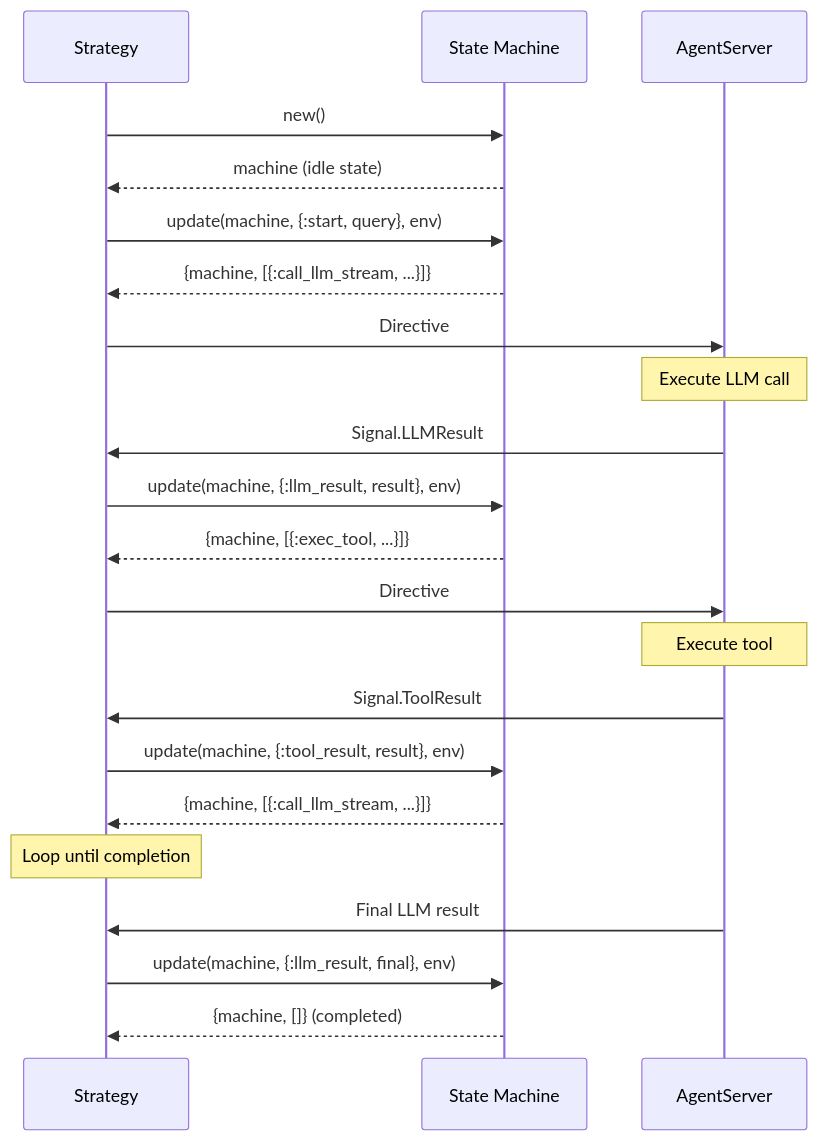
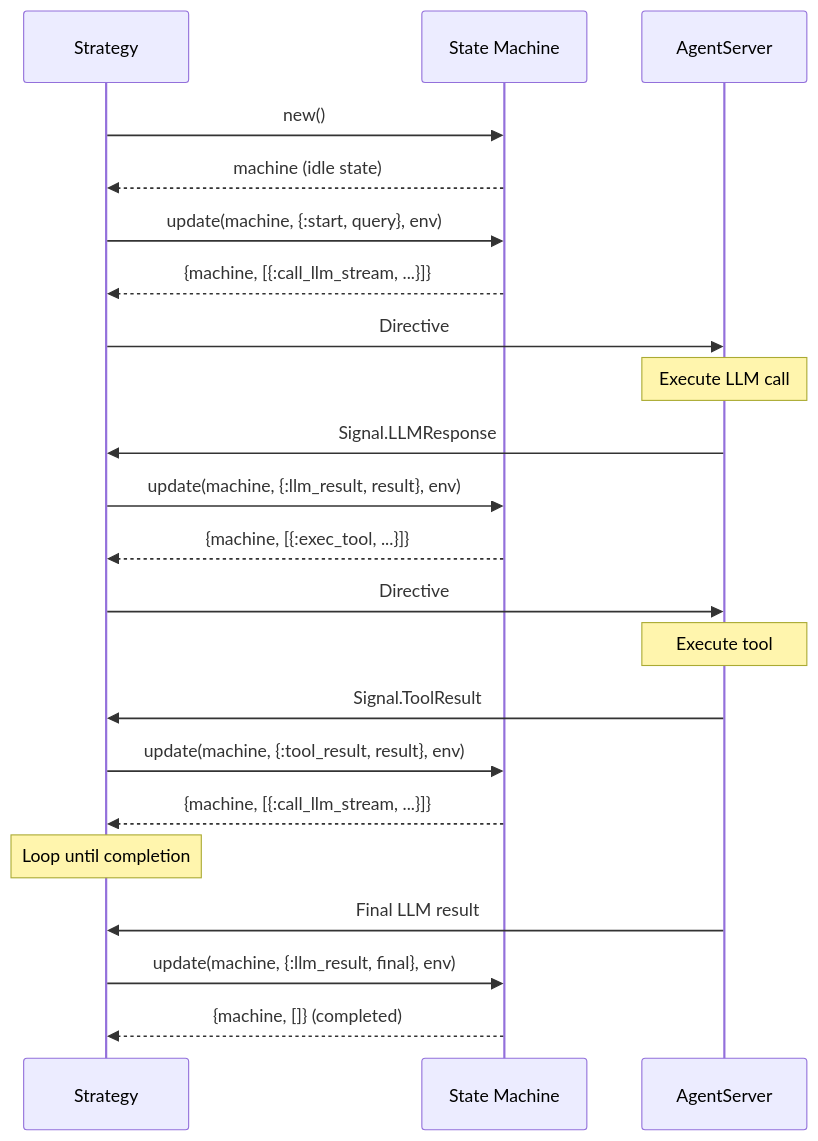
Before and after one commit to agentjido/jido_ai: the second of 2 diagrams in guides/developer/03_state_machines.md, drawn with Mermaid. The commit also changed 53 other files, not shown here.

````diff
--- a/guides/developer/03_state_machines.md
+++ b/guides/developer/03_state_machines.md
@@ -227,32 +227,32 @@
 ```mermaid
 sequenceDiagram
     participant Strategy as Strategy
     participant Machine as State Machine
     participant Runtime as AgentServer
 
     Strategy->>Machine: new()
     Machine-->>Strategy: machine (idle state)
 
     Strategy->>Machine: update(machine, {:start, query}, env)
     Machine-->>Strategy: {machine, [{:call_llm_stream, ...}]}
     Strategy->>Runtime: Directive
 
     Note over Runtime: Execute LLM call
 
-    Runtime->>Strategy: Signal.LLMResult
+    Runtime->>Strategy: Signal.LLMResponse
     Strategy->>Machine: update(machine, {:llm_result, result}, env)
     Machine-->>Strategy: {machine, [{:exec_tool, ...}]}
     Strategy->>Runtime: Directive
 
     Note over Runtime: Execute tool
 
     Runtime->>Strategy: Signal.ToolResult
     Strategy->>Machine: update(machine, {:tool_result, result}, env)
     Machine-->>Strategy: {machine, [{:call_llm_stream, ...}]}
 
     Note over Strategy: Loop until completion
 
     Runtime->>Strategy: Final LLM result
     Strategy->>Machine: update(machine, {:llm_result, final}, env)
     Machine-->>Strategy: {machine, []} (completed)
 ```
````
